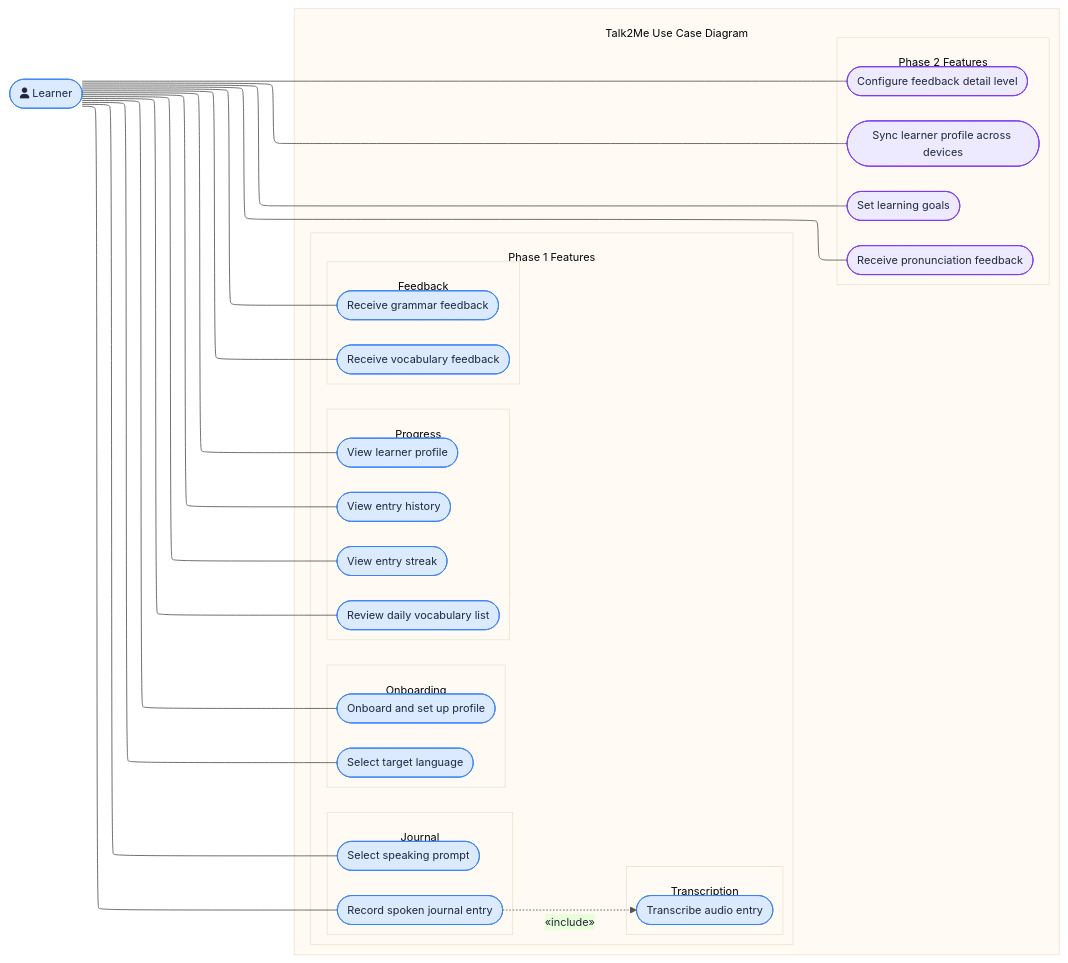
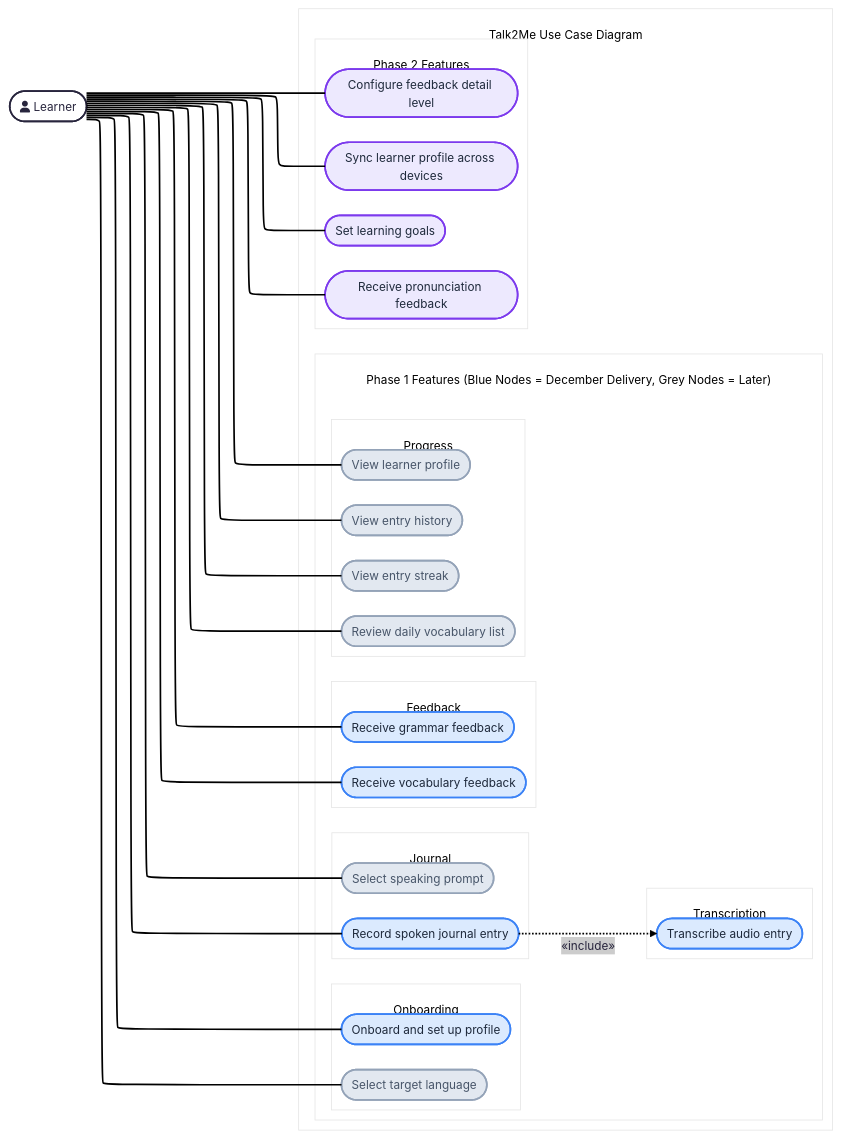
One commit to hwnest25/talk2me changed the diagram in docs/use_case_diagram.mmd. Above: the diagram before and after it, drawn with Mermaid. The commit also changed 4 other files, not shown here.

```diff
--- a/docs/use_case_diagram.mmd
+++ b/docs/use_case_diagram.mmd
@@ -1,61 +1,58 @@
 ---
 config:
-  theme: base
+  theme: redux-color
   flowchart:
     subGraphTitleMargin:
       top: 20
       bottom: 10
   layout: elk
   look: classic
 ---
-%%{init: {'theme': 'base', 'themeVariables': {'primaryColor': '#dbeafe', 'primaryBorderColor': '#3b82f6', 'primaryTextColor': '#1e293b', 'lineColor': '#555', 'fontSize': '13px'}}}%%
 flowchart LR
-    classDef phase1 fill:#dbeafe,stroke:#3b82f6,color:#1e293b
+    classDef december fill:#dbeafe,stroke:#3b82f6,color:#1e293b
+    classDef phase1later fill:#e2e8f0,stroke:#94a3b8,color:#475569
     classDef phase2 fill:#ede9fe,stroke:#7c3aed,color:#1e293b
-
-    subgraph OB["Onboarding"]
+ subgraph OB["Onboarding"]
         UC1(["Onboard and set up profile"])
         UC2(["Select target language"])
-    end
-    subgraph JO["Journal"]
+  end
+ subgraph JO["Journal"]
+        UC4(["Select speaking prompt"])
         UC3(["Record spoken journal entry"])
-        UC4(["Select speaking prompt"])
-    end
-    subgraph FB["Feedback"]
+  end
+ subgraph FB["Feedback"]
         UC5(["Receive grammar feedback"])
         UC6(["Receive vocabulary feedback"])
-    end
-    subgraph TR["Transcription"]
+  end
+ subgraph TR["Transcription"]
         UC7(["Transcribe audio entry"])
-    end
-    subgraph PR["Progress"]
+  end
+ subgraph PR["Progress"]
         UC8(["View entry history"])
         UC9(["View entry streak"])
         UC10(["View learner profile"])
         UC11(["Review daily vocabulary list"])
-    end
-    subgraph P1["Phase 1 Features"]
+  end
+ subgraph P1["Phase 1 Features (Blue Nodes = December Delivery, Grey Nodes = Later)"]
         OB
         JO
         FB
         TR
         PR
-    end
-    subgraph P2["Phase 2 Features"]
+  end
+ subgraph P2["Phase 2 Features"]
         UC12(["Sync learner profile across devices"])
         UC13(["Set learning goals"])
         UC14(["Configure feedback detail level"])
         UC15(["Receive pronunciation feedback"])
-    end
-    subgraph TM["Talk2Me Use Case Diagram"]
+  end
+ subgraph TM["Talk2Me Use Case Diagram"]
         P1
         P2
-    end
-
+  end
     Learner(["fa:fa-user Learner"]) --- UC1 & UC2 & UC3 & UC4 & UC5 & UC6 & UC8 & UC9 & UC10 & UC11 & UC12 & UC13 & UC14 & UC15
     UC3 -. «include» .-> UC7
 
-    P1 ~~~ P2
-
-    class UC1,UC2,UC3,UC4,UC5,UC6,UC7,UC8,UC9,UC10,UC11 phase1
+    class UC1,UC3,UC5,UC6,UC7 december
+    class UC2,UC4,UC8,UC9,UC10,UC11 phase1later
     class UC12,UC13,UC14,UC15 phase2
```
